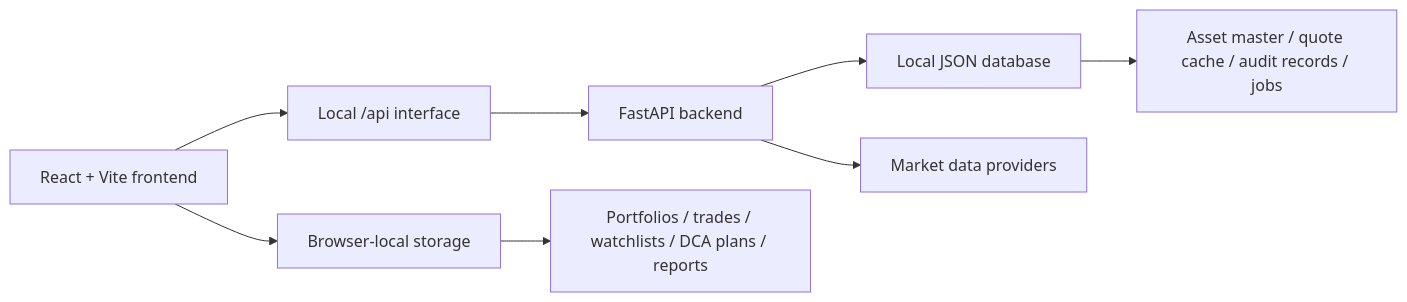
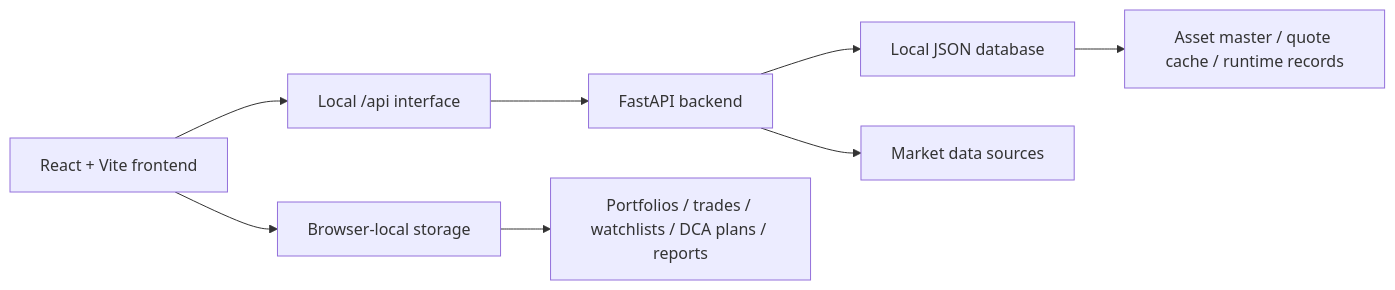
Before and after one commit to Elvin-Chow/FundX: the diagram in README.md, drawn with Mermaid. The commit also changed other lines of this file and 4 other files, not shown here.

````diff
--- a/README.md
+++ b/README.md
@@ -156,11 +43,11 @@
 ```mermaid
 flowchart LR
   Browser["React + Vite frontend"] --> API["Local /api interface"]
   API --> FastAPI["FastAPI backend"]
   FastAPI --> DB["Local JSON database"]
-  FastAPI --> MarketData["Market data providers"]
+  FastAPI --> MarketData["Market data sources"]
   Browser --> LocalStore["Browser-local storage"]
 
+  DB --> PublicData["Asset master / quote cache / runtime records"]
   LocalStore --> UserData["Portfolios / trades / watchlists / DCA plans / reports"]
-  DB --> PublicData["Asset master / quote cache / audit records / jobs"]
 ```
````
